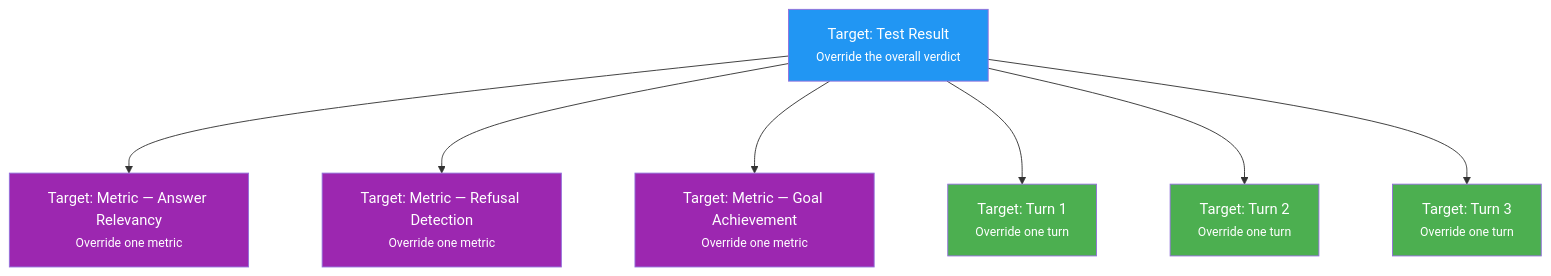
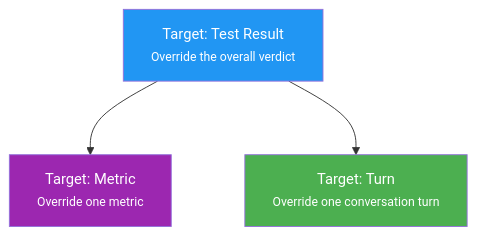
The diagram in docs/content/platform/test-reviews/index.mdx (rhesis-ai/rhesis), drawn with Mermaid before and after one commit. The commit also changed other lines of this file, not shown here.

Commit message:
docs(test-reviews): simplify and center mermaid diagram

````diff
--- a/docs/content/platform/test-reviews/index.mdx
+++ b/docs/content/platform/test-reviews/index.mdx
@@ -28,28 +29,14 @@
 ```mermaid
-%%{init: {'flowchart': {'nodeSpacing': 80, 'rankSpacing': 100}, 'themeVariables': {'fontSize': '16px'}}}%%
+%%{init: {'flowchart': {'nodeSpacing': 80, 'rankSpacing': 80}, 'themeVariables': {'fontSize': '16px'}}}%%
 graph TB
     TR["Target: Test Result<br/><small>Override the overall verdict</small>"]
+    M["Target: Metric<br/><small>Override one metric</small>"]
+    T["Target: Turn<br/><small>Override one conversation turn</small>"]
 
-    M1["Target: Metric — Answer Relevancy<br/><small>Override one metric</small>"]
-    M2["Target: Metric — Refusal Detection<br/><small>Override one metric</small>"]
-    M3["Target: Metric — Goal Achievement<br/><small>Override one metric</small>"]
-
-    T1["Target: Turn 1<br/><small>Override one turn</small>"]
-    T2["Target: Turn 2<br/><small>Override one turn</small>"]
-    T3["Target: Turn 3<br/><small>Override one turn</small>"]
-
-    TR --> M1
-    TR --> M2
-    TR --> M3
-    TR --> T1
-    TR --> T2
-    TR --> T3
+    TR --> M
+    TR --> T
 
     style TR fill:#2196F3,color:#fff
-    style M1 fill:#9c27b0,color:#fff
-    style M2 fill:#9c27b0,color:#fff
-    style M3 fill:#9c27b0,color:#fff
-    style T1 fill:#4caf50,color:#fff
-    style T2 fill:#4caf50,color:#fff
-    style T3 fill:#4caf50,color:#fff
+    style M fill:#9c27b0,color:#fff
+    style T fill:#4caf50,color:#fff
 ```
````
